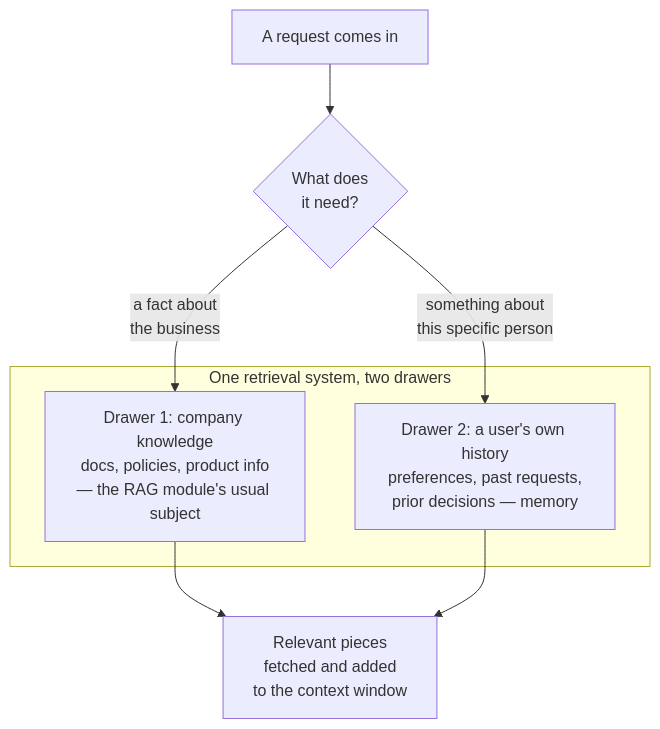
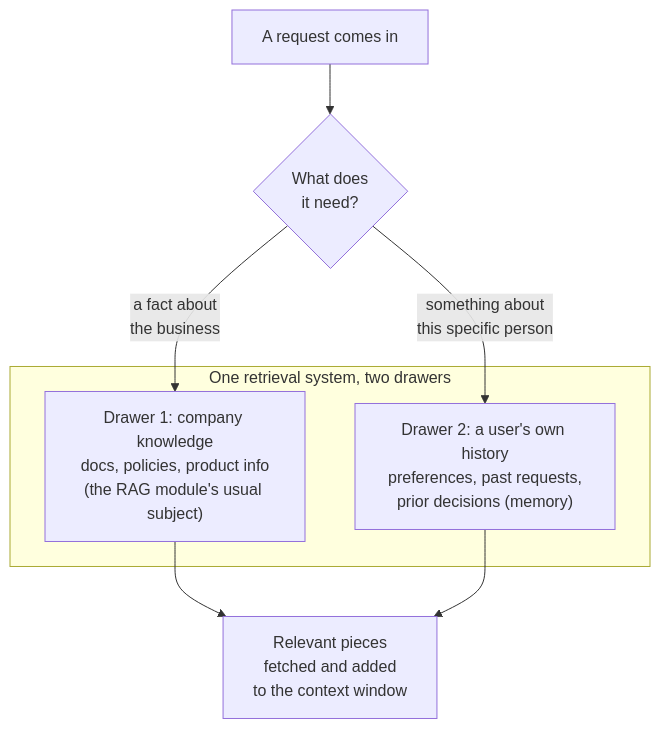
One commit to aakashagg123/gatsby changed the diagram in memory-and-context/retrieval-as-memory.md. Above: the diagram before and after it, drawn with Mermaid. The commit also changed other lines of this file and 22 other files, not shown here.

````diff
--- a/memory-and-context/retrieval-as-memory.md
+++ b/memory-and-context/retrieval-as-memory.md
@@ -48,12 +46,12 @@
 ```mermaid
 flowchart TB
   subgraph SYSTEM["One retrieval system, two drawers"]
-    KNOW["Drawer 1: company knowledge<br/>docs, policies, product info<br/>— the RAG module's usual subject"]
-    HIST["Drawer 2: a user's own history<br/>preferences, past requests,<br/>prior decisions — memory"]
+    KNOW["Drawer 1: company knowledge<br/>docs, policies, product info<br/>(the RAG module's usual subject)"]
+    HIST["Drawer 2: a user's own history<br/>preferences, past requests,<br/>prior decisions (memory)"]
   end
   Q["A request comes in"] --> WHICH{"What does<br/>it need?"}
   WHICH -->|"a fact about<br/>the business"| KNOW
   WHICH -->|"something about<br/>this specific person"| HIST
   KNOW --> ANSWER["Relevant pieces<br/>fetched and added<br/>to the context window"]
   HIST --> ANSWER
 ```
````
